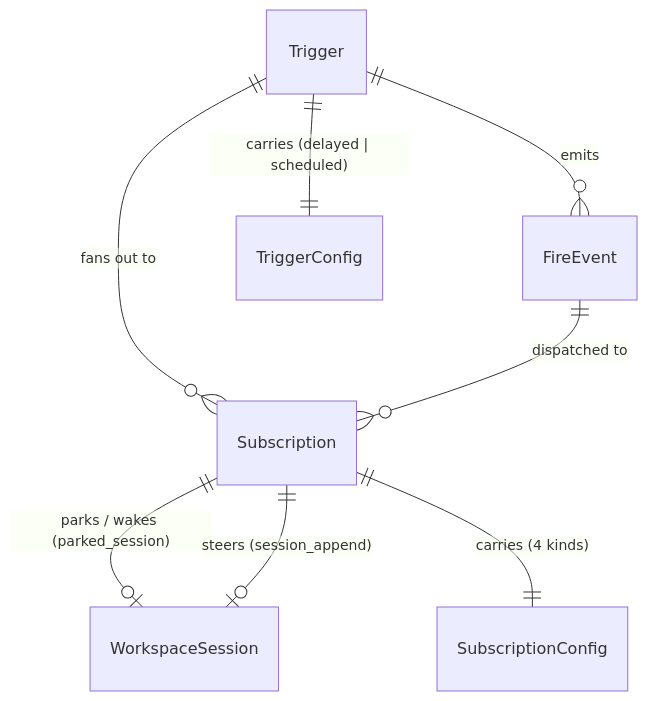
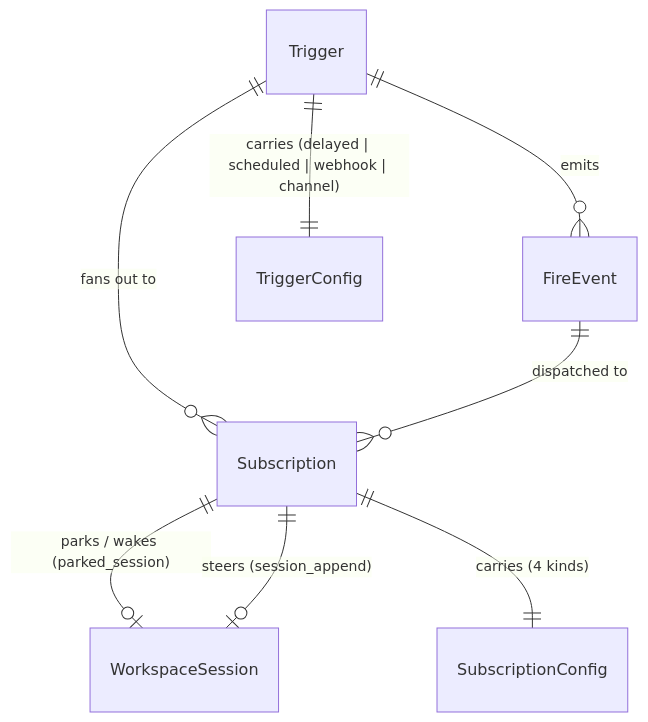
One commit to primerhq/primer changed the first of 2 diagrams in docs/dev/subsystems/triggers.md. Above: the diagram before and after it, drawn with Mermaid. The commit also changed other lines of this file, not shown here.

Commit message:
docs(dev): document the channel trigger kind in the triggers doc

````diff
--- a/docs/dev/subsystems/triggers.md
+++ b/docs/dev/subsystems/triggers.md
@@ -23,10 +23,10 @@
 ```mermaid
 erDiagram
     Trigger ||--o{ Subscription : "fans out to"
     Subscription ||--o| WorkspaceSession : "parks / wakes (parked_session)"
     Subscription ||--o| WorkspaceSession : "steers (session_append)"
     Trigger ||--o{ FireEvent : "emits"
     FireEvent ||--o{ Subscription : "dispatched to"
-    Trigger ||--|| TriggerConfig : "carries (delayed | scheduled)"
+    Trigger ||--|| TriggerConfig : "carries (delayed | scheduled | webhook | channel)"
     Subscription ||--|| SubscriptionConfig : "carries (4 kinds)"
 ```
````
